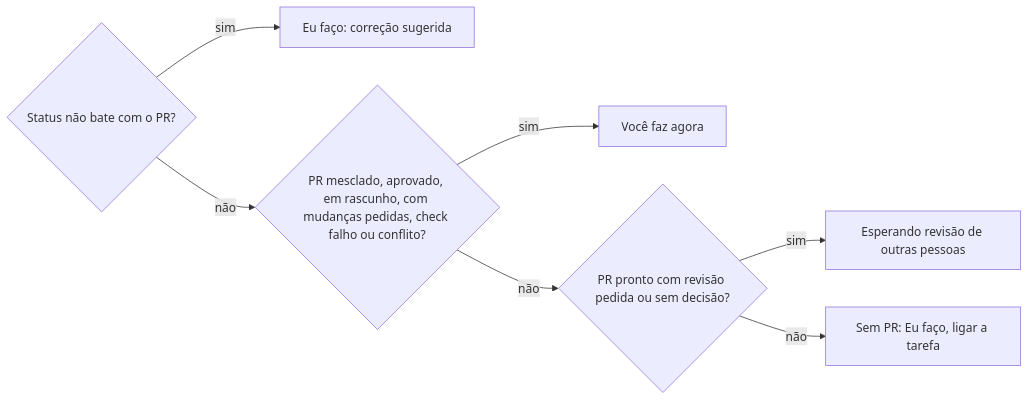
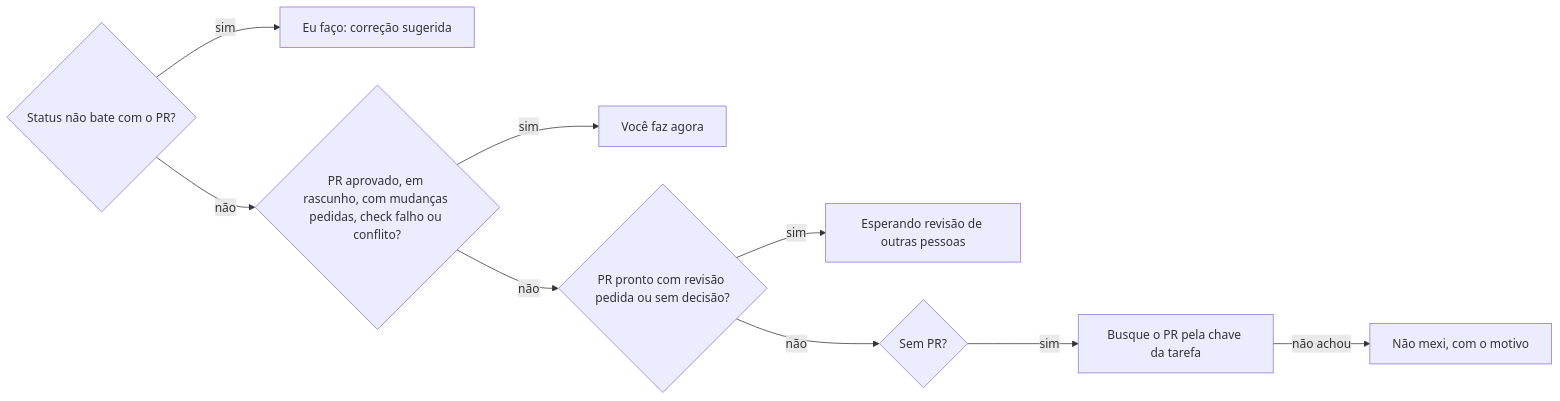
One commit to jimmyandrade/harness changed the third of 3 diagrams in .agents/skills/sincronizar-status-da-tarefa/SKILL.md. Above: the diagram before and after it, drawn with Mermaid. The commit also changed other lines of this file, not shown here.

First line of the commit message:
fix(sincronizar-status-da-tarefa): clarify overview blocks and no-PR path

````diff
--- a/.agents/skills/sincronizar-status-da-tarefa/SKILL.md
+++ b/.agents/skills/sincronizar-status-da-tarefa/SKILL.md
@@ -116,9 +117,11 @@
 ```mermaid
 flowchart LR
   A{Status não bate com o PR?} -->|sim| Z[Eu faço: correção sugerida]
-  A -->|não| B{PR mesclado, aprovado, em rascunho, com mudanças pedidas, check falho ou conflito?}
+  A -->|não| B{PR aprovado, em rascunho, com mudanças pedidas, check falho ou conflito?}
   B -->|sim| X[Você faz agora]
   B -->|não| C{PR pronto com revisão pedida ou sem decisão?}
   C -->|sim| Y[Esperando revisão de outras pessoas]
-  C -->|não| W[Sem PR: Eu faço, ligar a tarefa]
+  C -->|não| W{Sem PR?}
+  W -->|sim| V[Busque o PR pela chave da tarefa]
+  V -->|não achou| U[Não mexi, com o motivo]
 ```
````
